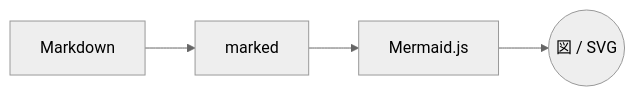
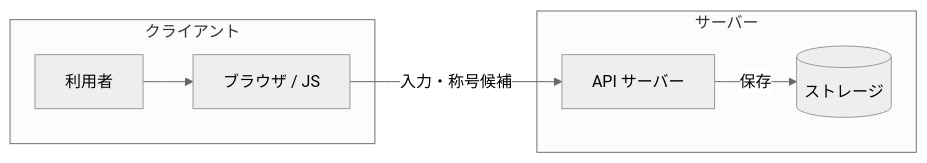
One commit to runceel/github-copilot-app-presentation changed the first of 3 diagrams in slides.md. Above: the diagram before and after it, drawn with Mermaid (neutral theme). The commit also changed other lines of this file and 2 other files, not shown here.

````diff
--- a/slides.md
+++ b/slides.md
@@ -53,6 +51,16 @@
 ```mermaid
 flowchart LR
-    A[Markdown] --> B[marked]
-    B --> C[Mermaid.js]
-    C --> D((図 / SVG))
+    subgraph Client[クライアント]
+        U[利用者]
+        B[ブラウザ / JS]
+    end
+
+    subgraph Server[サーバー]
+        API[API サーバー]
+        DB[(ストレージ)]
+    end
+
+    U --> B
+    B -->|入力・称号候補| API
+    API -->|保存| DB
 ```
````
